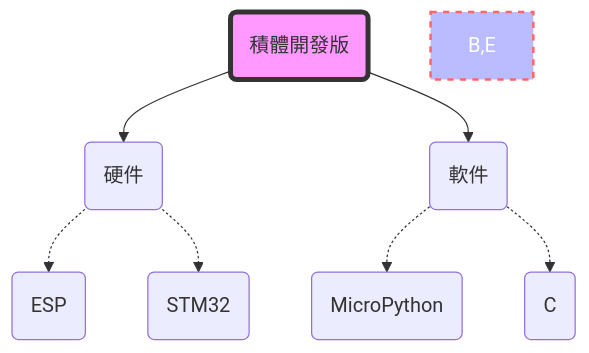
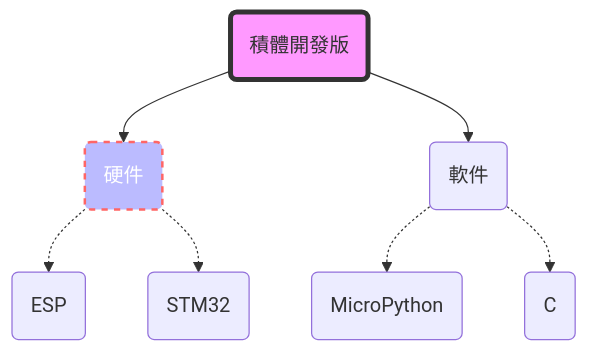
Before and after one commit to hkdickyko/hkdickyko.github.io: the diagram in _posts/2021-09-30-jekyll.md, drawn with Mermaid. The commit also changed other lines of this file, not shown here.

```diff
--- a/_posts/2021-09-30-jekyll.md
+++ b/_posts/2021-09-30-jekyll.md
@@ -102,19 +102,19 @@
 <div class="mermaid">
 graph TD;
     A("積體開發版");
     B("硬件");
     C("ESP");
     D("STM32");
     E("軟件");
     F("MicroPython");
     G("C");
     A-->B;
     B-.->C;
     B-.->D;
     A-->E;
     E-.->F;
     E-.->G;
 style A fill:#f9f,stroke:#333,stroke-width:4px;
-style B,E fill:#bbf,stroke:#f66,stroke-width:2px,color:#fff,stroke-dasharray: 5 5;
+style B fill:#bbf,stroke:#f66,stroke-width:2px,color:#fff,stroke-dasharray: 5 5;
 
 </div>
```
